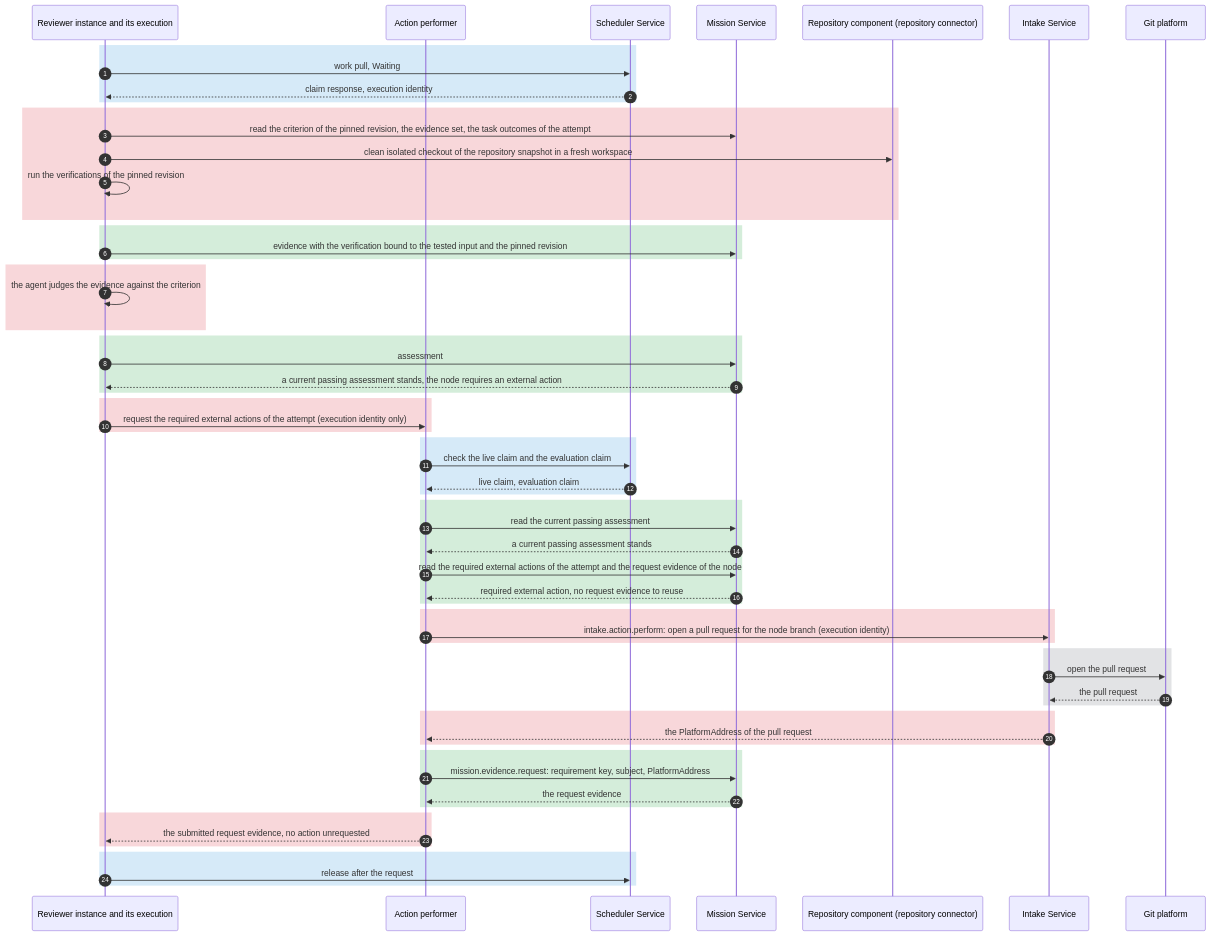
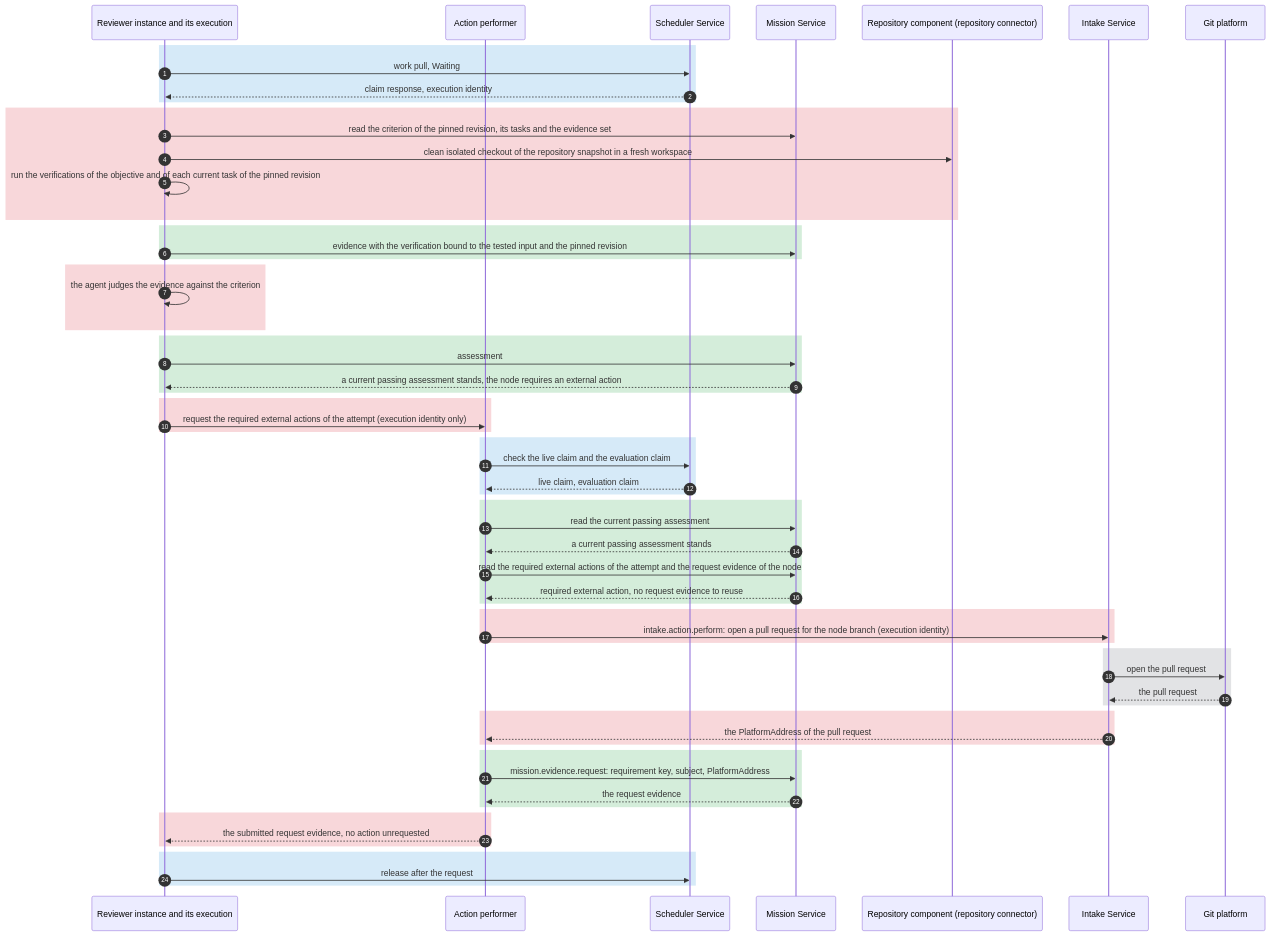
One commit to kanthorlabs/kanthord changed the fifth of 8 diagrams in docs/brainstorm/worker-service.md. Above: the diagram before and after it, drawn with Mermaid. The commit also changed other lines of this file and 9 other files, not shown here.

Commit message:
docs(mission): drop the task records and move task coverage to the objective reviewer

````diff
--- a/docs/brainstorm/worker-service.md
+++ b/docs/brainstorm/worker-service.md
@@ -561,64 +553,64 @@
 ```mermaid
 sequenceDiagram
     autonumber
     participant R as Reviewer instance and its execution
     participant AP as Action performer
     participant S as Scheduler Service
     participant M as Mission Service
     participant RG as Repository component (repository connector)
     participant IN as Intake Service
     participant G as Git platform
 
     rect rgb(214, 234, 248)
         R->>S: work pull, Waiting
         S-->>R: claim response, execution identity
     end
     rect rgb(248, 215, 218)
-        R->>M: read the criterion of the pinned revision, the evidence set, the task outcomes of the attempt
+        R->>M: read the criterion of the pinned revision, its tasks and the evidence set
         R->>RG: clean isolated checkout of the repository snapshot in a fresh workspace
-        R->>R: run the verifications of the pinned revision
+        R->>R: run the verifications of the objective and of each current task of the pinned revision
     end
     rect rgb(212, 237, 218)
         R->>M: evidence with the verification bound to the tested input and the pinned revision
     end
     rect rgb(248, 215, 218)
         R->>R: the agent judges the evidence against the criterion
     end
     rect rgb(212, 237, 218)
         R->>M: assessment
         M-->>R: a current passing assessment stands, the node requires an external action
     end
     rect rgb(248, 215, 218)
         R->>AP: request the required external actions of the attempt (execution identity only)
     end
     rect rgb(214, 234, 248)
         AP->>S: check the live claim and the evaluation claim
         S-->>AP: live claim, evaluation claim
     end
     rect rgb(212, 237, 218)
         AP->>M: read the current passing assessment
         M-->>AP: a current passing assessment stands
         AP->>M: read the required external actions of the attempt and the request evidence of the node
         M-->>AP: required external action, no request evidence to reuse
     end
     rect rgb(248, 215, 218)
         AP->>IN: intake.action.perform: open a pull request for the node branch (execution identity)
     end
     rect rgb(226, 227, 229)
         IN->>G: open the pull request
         G-->>IN: the pull request
     end
     rect rgb(248, 215, 218)
         IN-->>AP: the PlatformAddress of the pull request
     end
     rect rgb(212, 237, 218)
         AP->>M: mission.evidence.request: requirement key, subject, PlatformAddress
         M-->>AP: the request evidence
     end
     rect rgb(248, 215, 218)
         AP-->>R: the submitted request evidence, no action unrequested
     end
     rect rgb(214, 234, 248)
         R->>S: release after the request
     end
 ```
````
